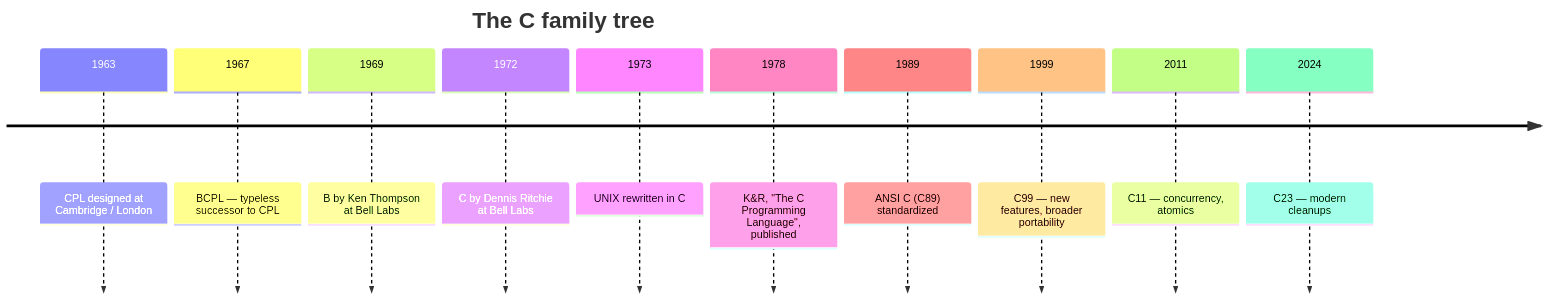
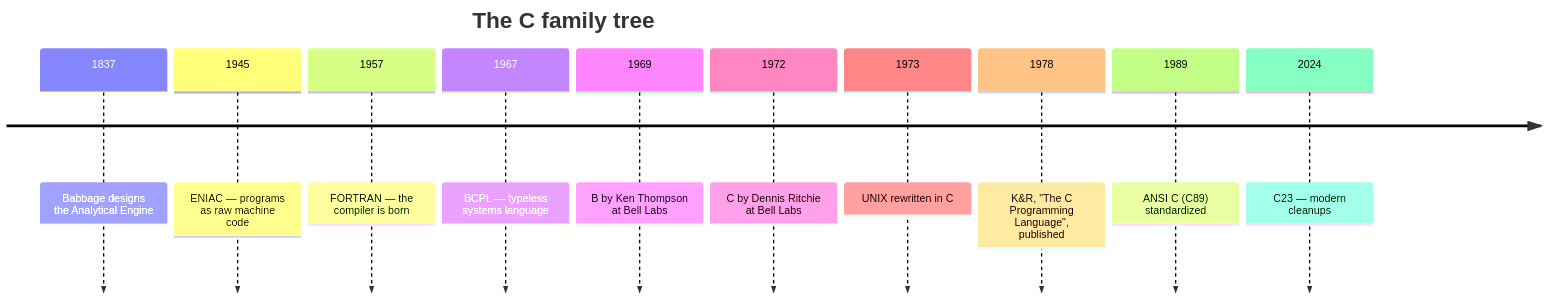
The first of 2 diagrams in content/learn/c-programming-for-beginners/story-of-c.mdx (dataslope/dataslope), drawn with Mermaid before and after one commit. The commit also changed other lines of this file and 4 other files, not shown here.

````diff
--- a/content/learn/c-programming-for-beginners/story-of-c.mdx
+++ b/content/learn/c-programming-for-beginners/story-of-c.mdx
@@ -69,14 +194,14 @@
 ```mermaid
 timeline
     title The C family tree
-    1963 : CPL designed at Cambridge / London
-    1967 : BCPL — typeless successor to CPL
+    1837 : Babbage designs the Analytical Engine
+    1945 : ENIAC — programs as raw machine code
+    1957 : FORTRAN — the compiler is born
+    1967 : BCPL — typeless systems language
     1969 : B by Ken Thompson at Bell Labs
     1972 : C by Dennis Ritchie at Bell Labs
     1973 : UNIX rewritten in C
     1978 : K&R, "The C Programming Language", published
     1989 : ANSI C (C89) standardized
-    1999 : C99 — new features, broader portability
-    2011 : C11 — concurrency, atomics
     2024 : C23 — modern cleanups
 ```
````
